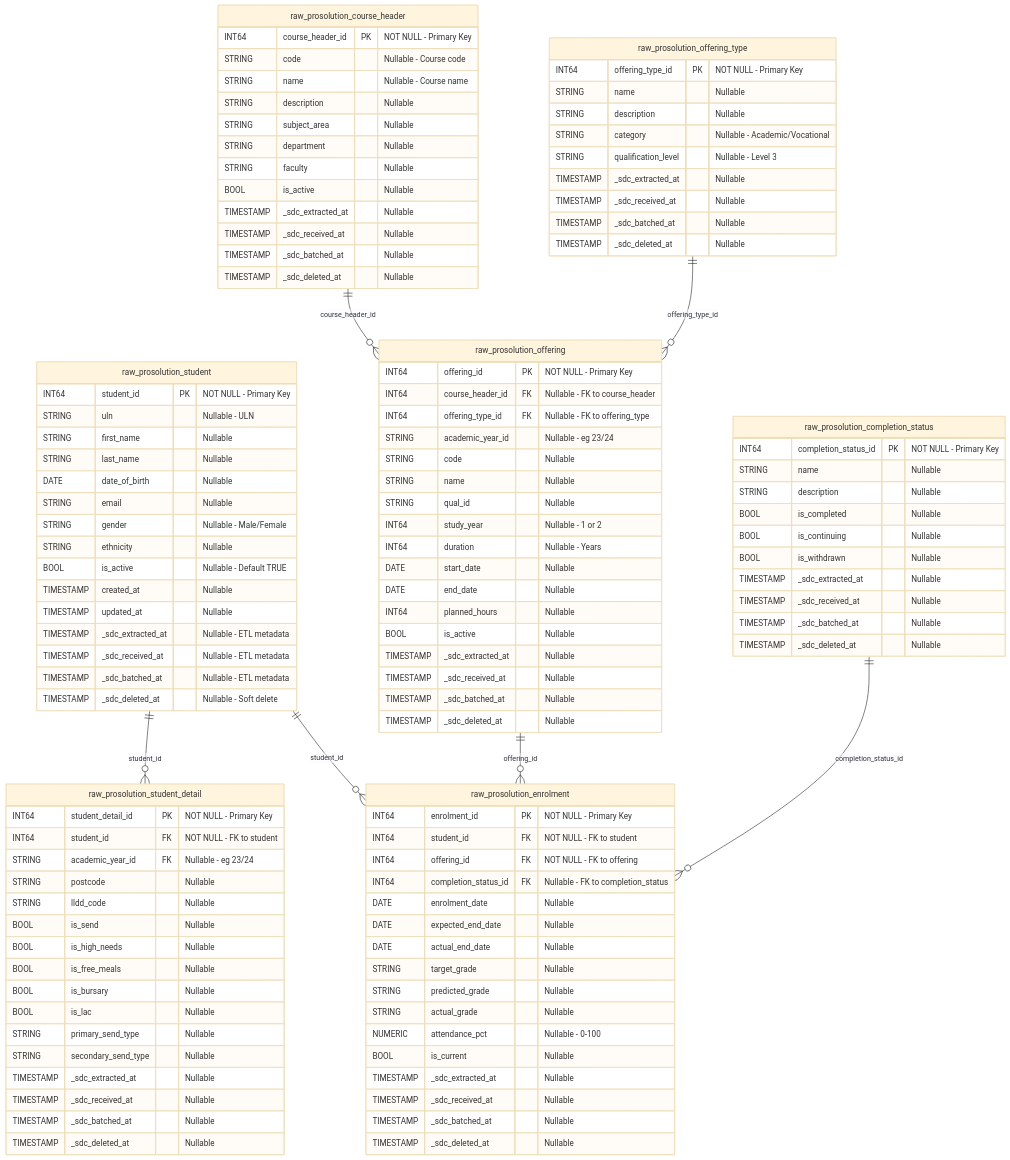
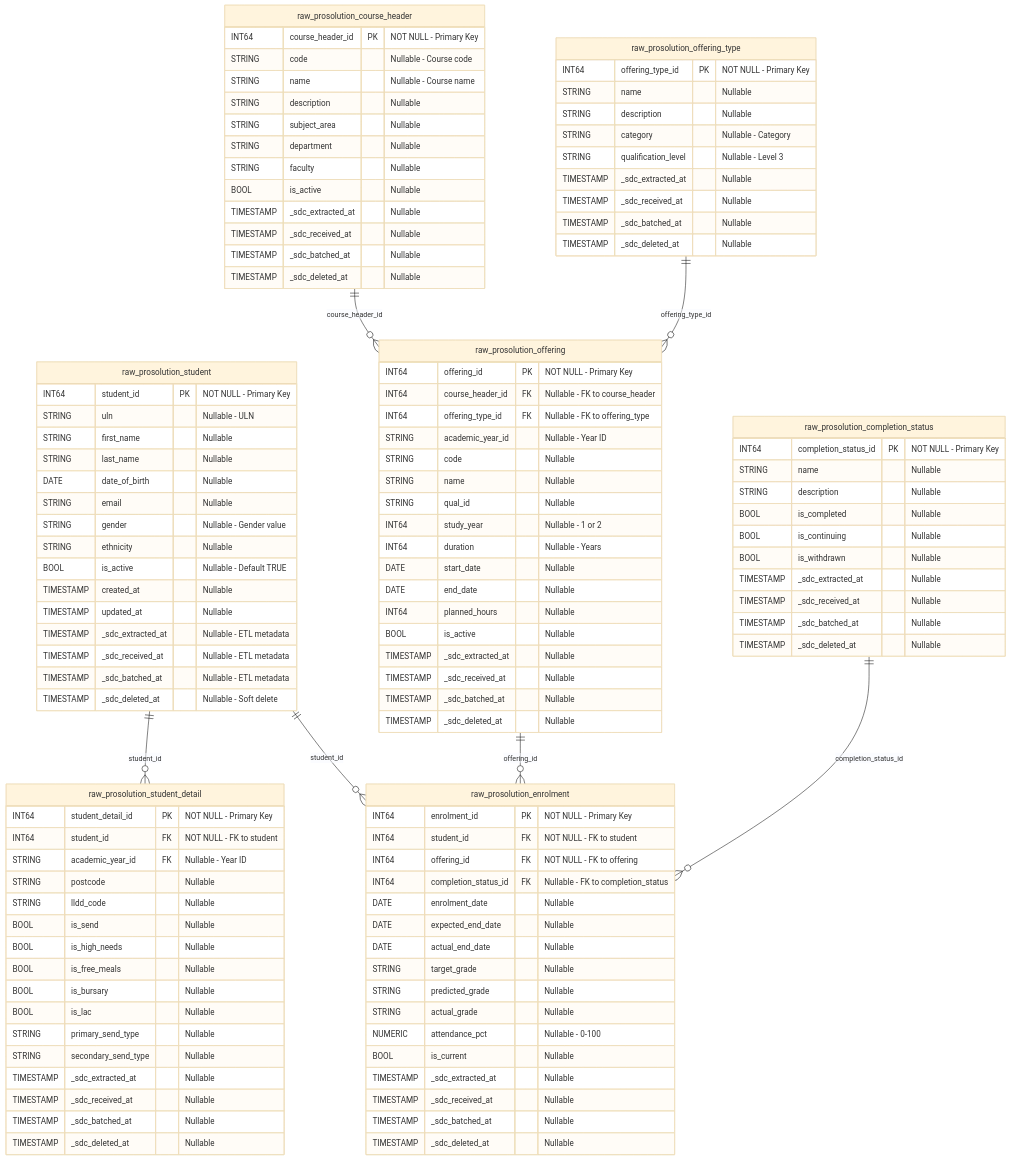
The second of 10 diagrams in design/data_model_diagrams.md (rittmananalytics/RA_Accelerated_Development), drawn with Mermaid (base theme) before and after one commit. The commit also changed other lines of this file, not shown here.

```diff
--- a/design/data_model_diagrams.md
+++ b/design/data_model_diagrams.md
@@ -239,7 +239,7 @@
         STRING last_name "Nullable"
         DATE date_of_birth "Nullable"
         STRING email "Nullable"
-        STRING gender "Nullable - Male/Female"
+        STRING gender "Nullable - Gender value"
         STRING ethnicity "Nullable"
         BOOL is_active "Nullable - Default TRUE"
         TIMESTAMP created_at "Nullable"
@@ -253,7 +253,7 @@
     raw_prosolution_student_detail {
         INT64 student_detail_id PK "NOT NULL - Primary Key"
         INT64 student_id FK "NOT NULL - FK to student"
-        STRING academic_year_id FK "Nullable - eg 23/24"
+        STRING academic_year_id FK "Nullable - Year ID"
         STRING postcode "Nullable"
         STRING lldd_code "Nullable"
         BOOL is_send "Nullable"
@@ -288,7 +288,7 @@
         INT64 offering_type_id PK "NOT NULL - Primary Key"
         STRING name "Nullable"
         STRING description "Nullable"
-        STRING category "Nullable - Academic/Vocational"
+        STRING category "Nullable - Category"
         STRING qualification_level "Nullable - Level 3"
         TIMESTAMP _sdc_extracted_at "Nullable"
         TIMESTAMP _sdc_received_at "Nullable"
@@ -300,7 +300,7 @@
         INT64 offering_id PK "NOT NULL - Primary Key"
         INT64 course_header_id FK "Nullable - FK to course_header"
         INT64 offering_type_id FK "Nullable - FK to offering_type"
-        STRING academic_year_id "Nullable - eg 23/24"
+        STRING academic_year_id "Nullable - Year ID"
         STRING code "Nullable"
         STRING name "Nullable"
         STRING qual_id "Nullable"
```
